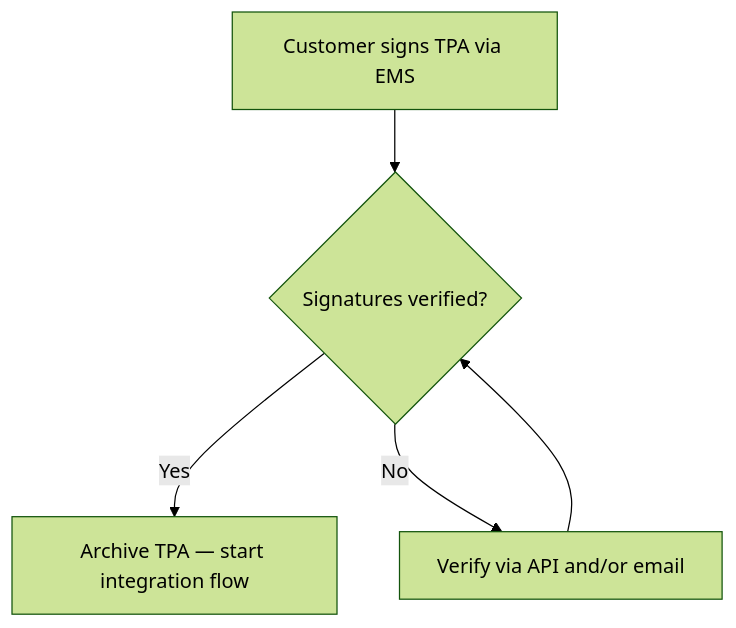
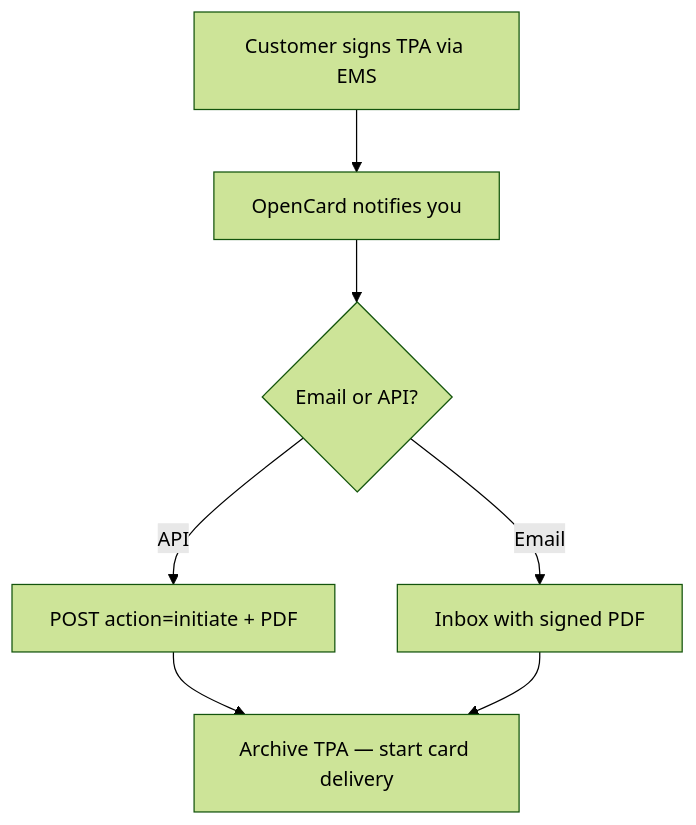
Before and after one commit to marc-opencard/developers.opencard.io: the diagram in card-issuers/issuer-integration/onboarding.mdx, drawn with Mermaid (forest theme). The commit also changed other lines of this file and 4 other files, not shown here.

First line of the commit message:
Add issuer TPA callback docs and rename nav to Issuer Integration.

````diff
--- a/card-issuers/issuer-integration/onboarding.mdx
+++ b/card-issuers/issuer-integration/onboarding.mdx
@@ -27,7 +24,9 @@
 ```mermaid
 flowchart TD
-    A[Customer signs TPA via EMS] --> B{Signatures verified?}
-    B -->|Yes| C[Archive TPA — start integration flow]
-    B -->|No| D[Verify via API and/or email]
-    D --> B
+    A[Customer signs TPA via EMS] --> B[OpenCard notifies you]
+    B --> C{Email or API?}
+    C -->|API| D[POST action=initiate + PDF]
+    C -->|Email| E[Inbox with signed PDF]
+    D --> F[Archive TPA — start card delivery]
+    E --> F
 ```
````
